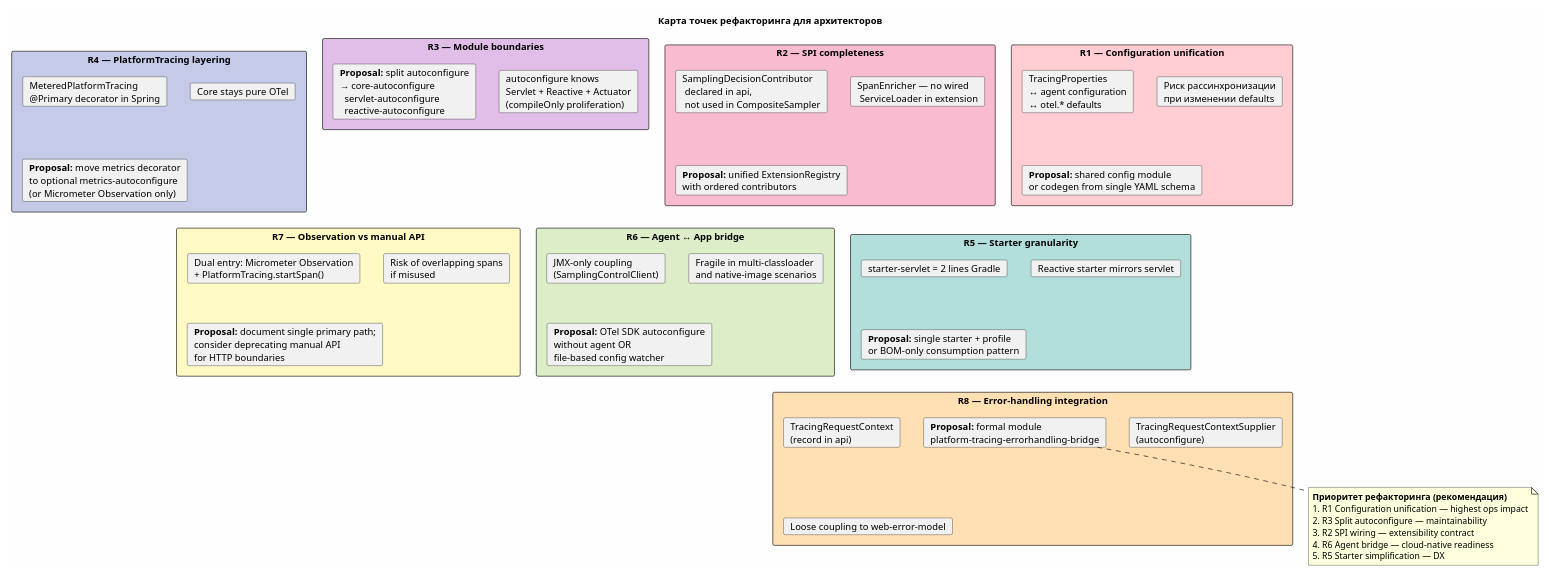
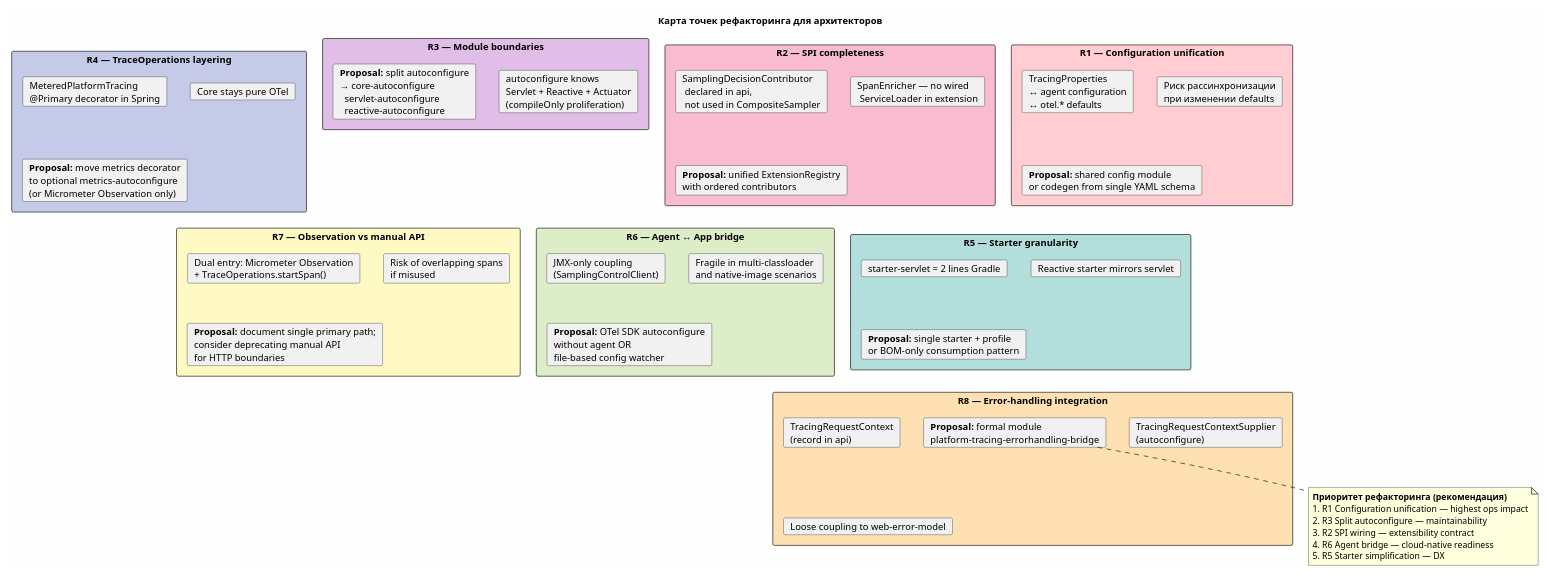
Before and after one commit to andrew3008/EnglishDictionary: the tenth of 11 diagrams in docs/architecture/Components_v2.puml, drawn with PlantUML. The commit also changed other lines of this file and 146 other files, not shown here.

Commit message:
refactor(api): rename root tracing facade to TraceOperations

```diff
--- a/docs/architecture/Components_v2.puml
+++ b/docs/architecture/Components_v2.puml
@@ -750,66 +750,66 @@
 @startuml platform-tracing-10-refactoring-hotspots
 skinparam backgroundColor #FEFEFE
 skinparam defaultFontName "Segoe UI"
 
 title Карта точек рефакторинга для архитекторов
 
 together {
   rectangle "R1 — Configuration unification" as R1 #FFCDD2 {
     card "TracingProperties\n↔ agent configuration\n↔ otel.* defaults"
     card "Риск рассинхронизации\nпри изменении defaults"
     card "**Proposal:** shared config module\nor codegen from single YAML schema"
   }
 
   rectangle "R2 — SPI completeness" as R2 #F8BBD0 {
     card "SamplingDecisionContributor\n declared in api,\n not used in CompositeSampler"
     card "SpanEnricher — no wired\n ServiceLoader in extension"
     card "**Proposal:** unified ExtensionRegistry\nwith ordered contributors"
   }
 
   rectangle "R3 — Module boundaries" as R3 #E1BEE7 {
     card "autoconfigure knows\nServlet + Reactive + Actuator\n(compileOnly proliferation)"
     card "**Proposal:** split autoconfigure\n→ core-autoconfigure\n  servlet-autoconfigure\n  reactive-autoconfigure"
   }
 
-  rectangle "R4 — PlatformTracing layering" as R4 #C5CAE9 {
+  rectangle "R4 — TraceOperations layering" as R4 #C5CAE9 {
     card "MeteredPlatformTracing\n@Primary decorator in Spring"
     card "Core stays pure OTel"
     card "**Proposal:** move metrics decorator\nto optional metrics-autoconfigure\n(or Micrometer Observation only)"
   }
 
   rectangle "R5 — Starter granularity" as R5 #B2DFDB {
     card "starter-servlet = 2 lines Gradle"
     card "Reactive starter mirrors servlet"
     card "**Proposal:** single starter + profile\nor BOM-only consumption pattern"
   }
 
   rectangle "R6 — Agent ↔ App bridge" as R6 #DCEDC8 {
     card "JMX-only coupling\n(SamplingControlClient)"
     card "Fragile in multi-classloader\nand native-image scenarios"
     card "**Proposal:** OTel SDK autoconfigure\nwithout agent OR\nfile-based config watcher"
   }
 
   rectangle "R7 — Observation vs manual API" as R7 #FFF9C4 {
-    card "Dual entry: Micrometer Observation\n+ PlatformTracing.startSpan()"
+    card "Dual entry: Micrometer Observation\n+ TraceOperations.startSpan()"
     card "Risk of overlapping spans\nif misused"
     card "**Proposal:** document single primary path;\nconsider deprecating manual API\nfor HTTP boundaries"
   }
 
   rectangle "R8 — Error-handling integration" as R8 #FFE0B2 {
     card "TracingRequestContext\n(record in api)"
     card "TracingRequestContextSupplier\n(autoconfigure)"
     card "Loose coupling to web-error-model"
     card "**Proposal:** formal module\nplatform-tracing-errorhandling-bridge"
   }
 }
 
 note bottom
   **Приоритет рефакторинга (рекомендация)**
   1. R1 Configuration unification — highest ops impact
   2. R3 Split autoconfigure — maintainability
   3. R2 SPI wiring — extensibility contract
   4. R6 Agent bridge — cloud-native readiness
   5. R5 Starter simplification — DX
 end note
 
 @enduml
```
